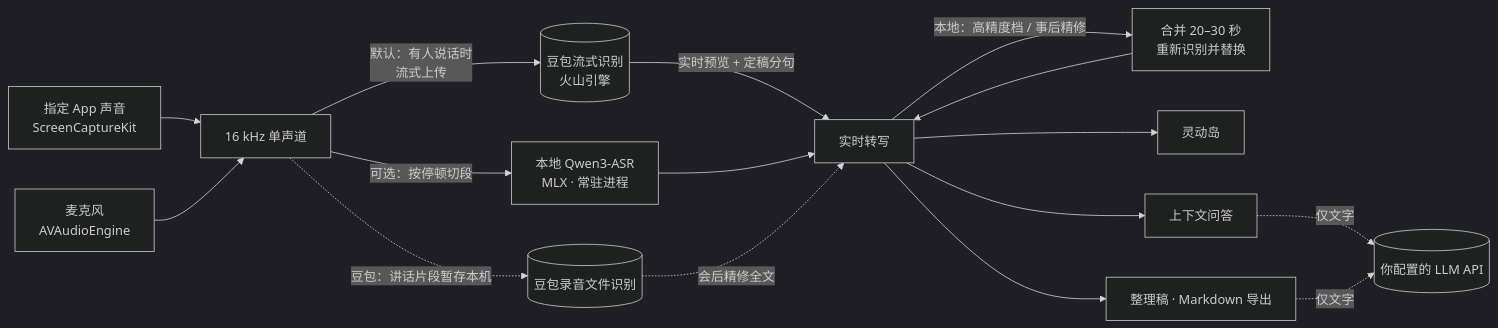
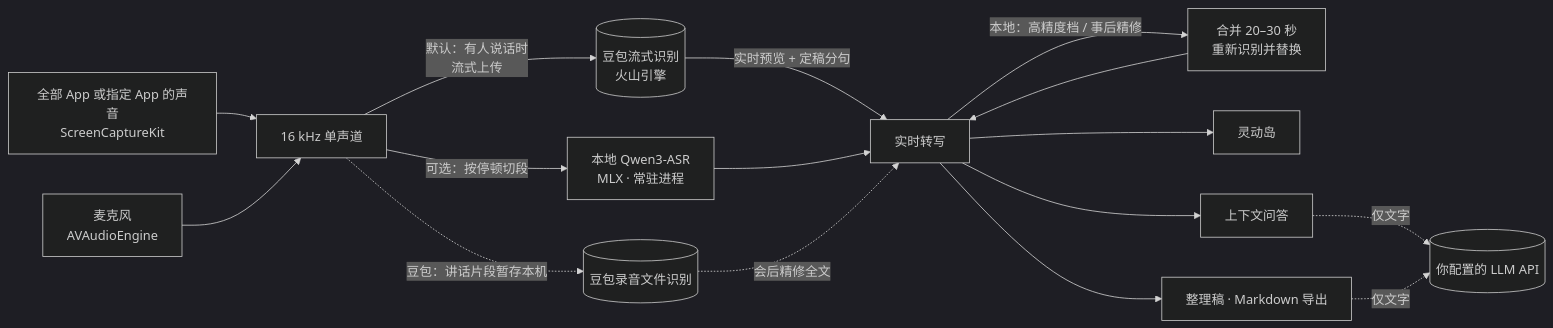
One commit to starsalwaysineyes/listenflow changed the diagram in README.md. Above: the diagram before and after it, drawn with Mermaid (dark theme). The commit also changed other lines of this file and 7 other files, not shown here.

````diff
--- a/README.md
+++ b/README.md
@@ -88,18 +88,18 @@
 ```mermaid
 flowchart LR
-    A["指定 App 声音<br/>ScreenCaptureKit"] --> C
+    A["全部 App 或指定 App 的声音<br/>ScreenCaptureKit"] --> C
     B["麦克风<br/>AVAudioEngine"] --> C
     C["16 kHz 单声道"] -->|"默认：有人说话时<br/>流式上传"| V[("豆包流式识别<br/>火山引擎")]
     V -->|"实时预览 + 定稿分句"| E["实时转写"]
     C -->|"可选：按停顿切段"| D["本地 Qwen3-ASR<br/>MLX · 常驻进程"]
     D --> E
     E -->|"本地：高精度档 / 事后精修"| F["合并 20–30 秒<br/>重新识别并替换"]
     F --> E
     C -.->|"豆包：讲话片段暂存本机"| R[("豆包录音文件识别")]
     R -.->|"会后精修全文"| E
     E --> G["灵动岛"]
     E --> H["上下文问答"]
     E --> I["整理稿 · Markdown 导出"]
     H -.->|"仅文字"| J[("你配置的 LLM API")]
     I -.->|"仅文字"| J
 ```
````
